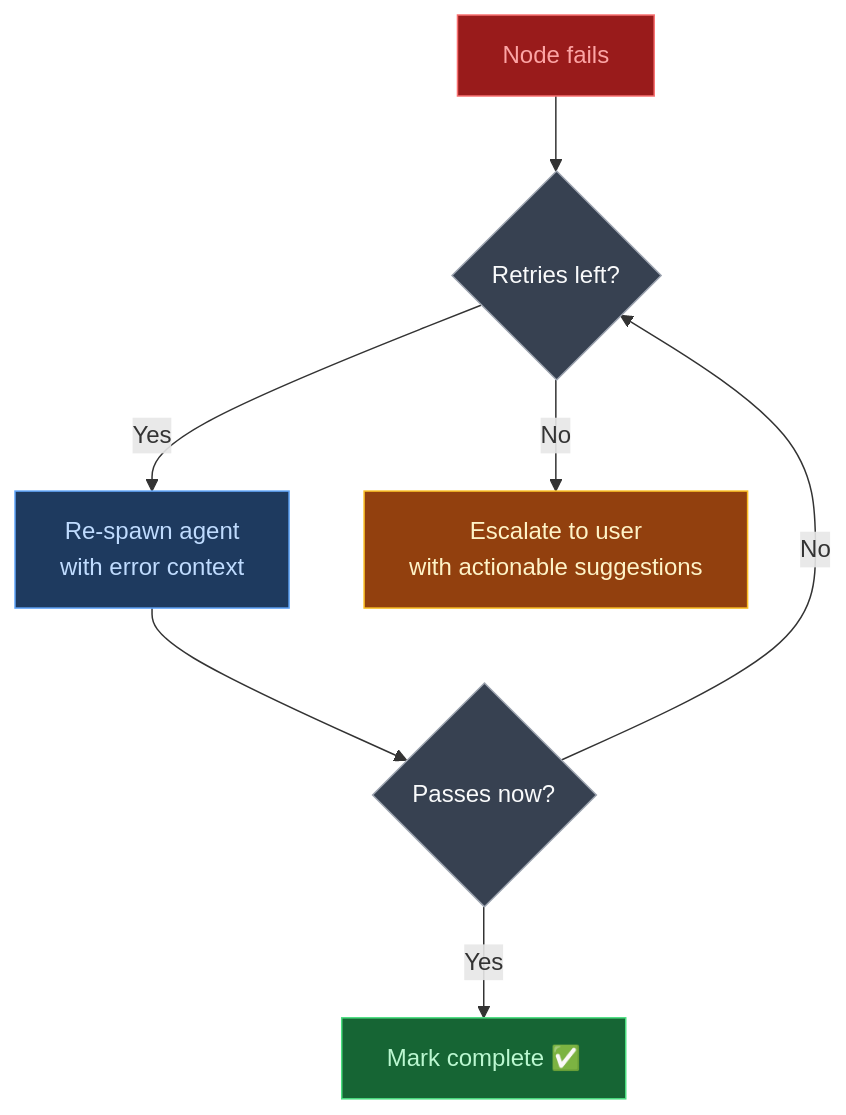
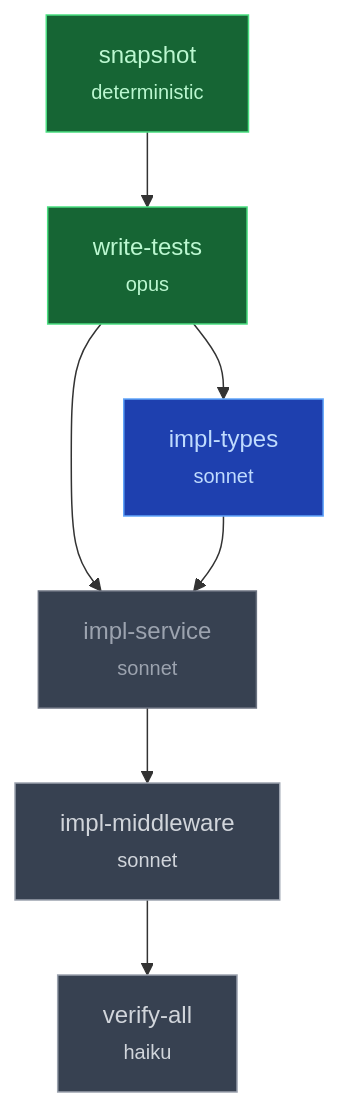
The fourth of 4 diagrams in README.md (pupubird/specwork), drawn with Mermaid before and after one commit. The commit also changed other lines of this file, not shown here.

````diff
--- a/README.md
+++ b/README.md
@@ -175,16 +211,14 @@
 ```mermaid
-flowchart TD
-    F[Node fails] --> R{Retries left?}
-    R -->|Yes| RE[Re-spawn agent<br/>with error context]
-    RE --> V{Passes now?}
-    V -->|Yes| D[Mark complete ✅]
-    V -->|No| R
-    R -->|No| ESC[Escalate to user<br/>with actionable suggestions]
+graph TD
+    S["snapshot<br/><small>deterministic</small>"]:::done --> T["write-tests<br/><small>opus</small>"]:::done
+    T --> I1["impl-types<br/><small>sonnet</small>"]:::active
+    T --> I2["impl-service<br/><small>sonnet</small>"]:::blocked
+    I1 --> I2
+    I2 --> I3["impl-middleware<br/><small>sonnet</small>"]:::pending
+    I3 --> V["verify-all<br/><small>haiku</small>"]:::pending
 
-    style F fill:#991B1B,stroke:#F87171,color:#FCA5A5
-    style D fill:#166534,stroke:#4ADE80,color:#BBF7D0
-    style ESC fill:#92400E,stroke:#FBBF24,color:#FEF3C7
-    style RE fill:#1E3A5F,stroke:#60A5FA,color:#BFDBFE
-    style V fill:#374151,stroke:#9CA3AF,color:#F9FAFB
-    style R fill:#374151,stroke:#9CA3AF,color:#F9FAFB
+    classDef done fill:#166534,stroke:#4ADE80,color:#BBF7D0
+    classDef active fill:#1E40AF,stroke:#60A5FA,color:#BFDBFE
+    classDef blocked fill:#374151,stroke:#6B7280,color:#9CA3AF
+    classDef pending fill:#374151,stroke:#9CA3AF,color:#D1D5DB
 ```
````
